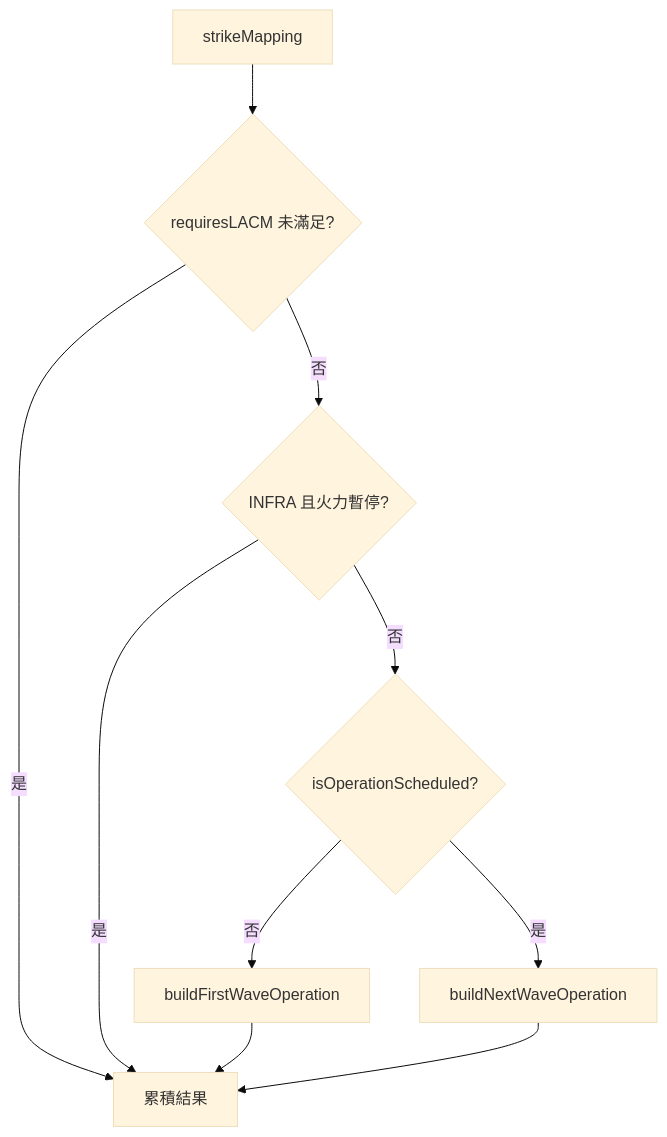
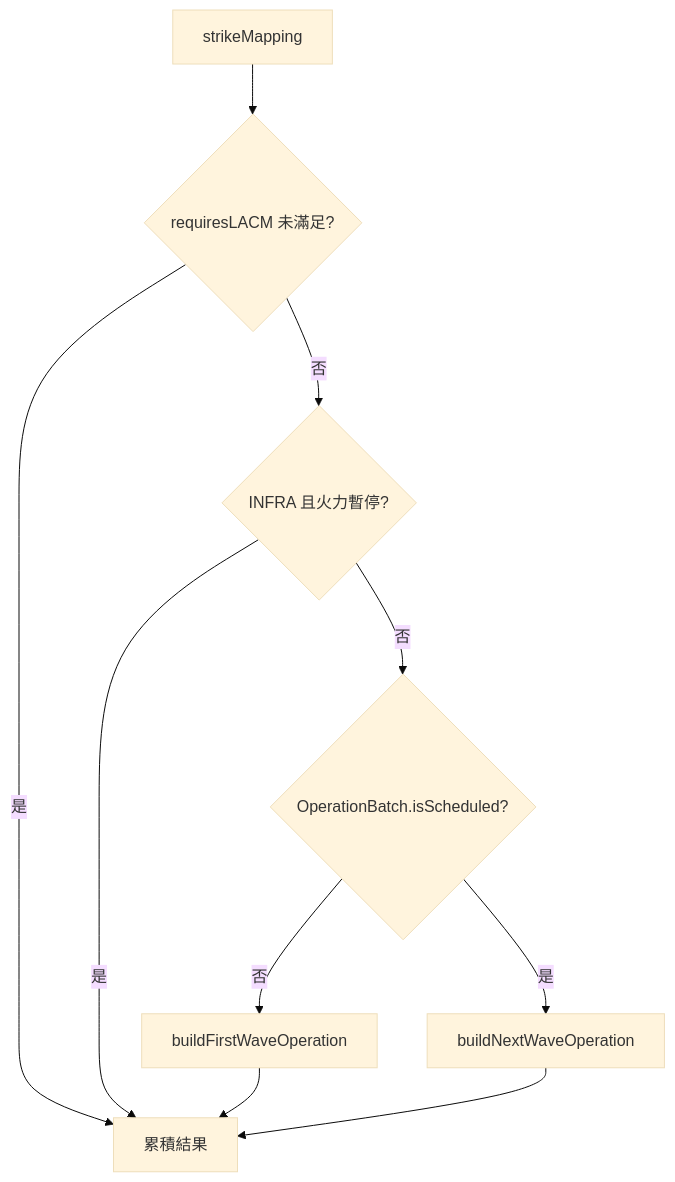
One commit to pullupjumper/formosa-in-flames changed the second of 2 diagrams in docs/strikePlanner/operationScheduler.md. Above: the diagram before and after it, drawn with Mermaid (base theme). The commit also changed other lines of this file and 11 other files, not shown here.

First line of the commit message:
docs(strikePlanner): document OperationBatch / DynamicPlan / OperationType

````diff
--- a/docs/strikePlanner/operationScheduler.md
+++ b/docs/strikePlanner/operationScheduler.md
@@ -53,18 +53,18 @@
 ```mermaid
 flowchart TD
     ENTER["strikeMapping"]
     LACM{"requiresLACM 未滿足?"}
     HOLD{"INFRA 且火力暫停?"}
-    EXISTS{"isOperationScheduled?"}
+    EXISTS{"OperationBatch.isScheduled?"}
     FIRST["buildFirstWaveOperation"]
     NEXTWAVE["buildNextWaveOperation"]
     NEXT["累積結果"]
 
     ENTER --> LACM
     LACM -->|是| NEXT
     LACM -->|否| HOLD
     HOLD -->|是| NEXT
     HOLD -->|否| EXISTS
     EXISTS -->|否| FIRST --> NEXT
     EXISTS -->|是| NEXTWAVE --> NEXT
 ```
````
